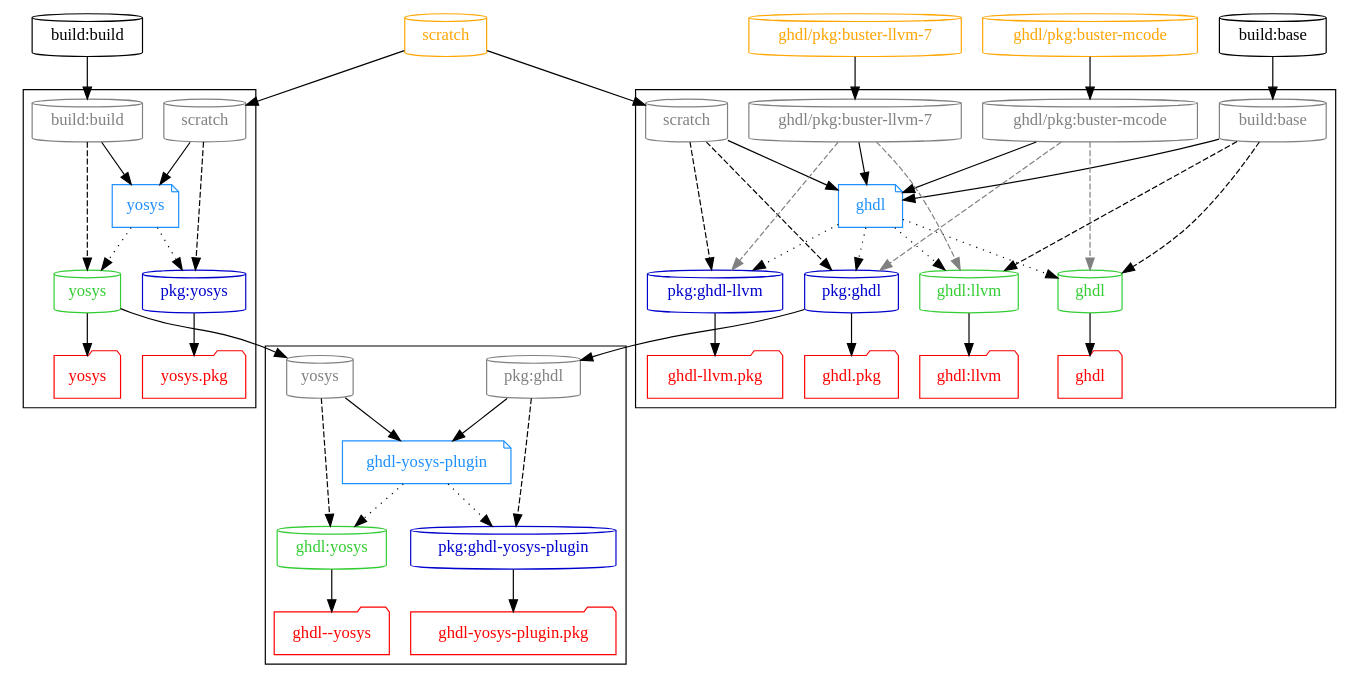
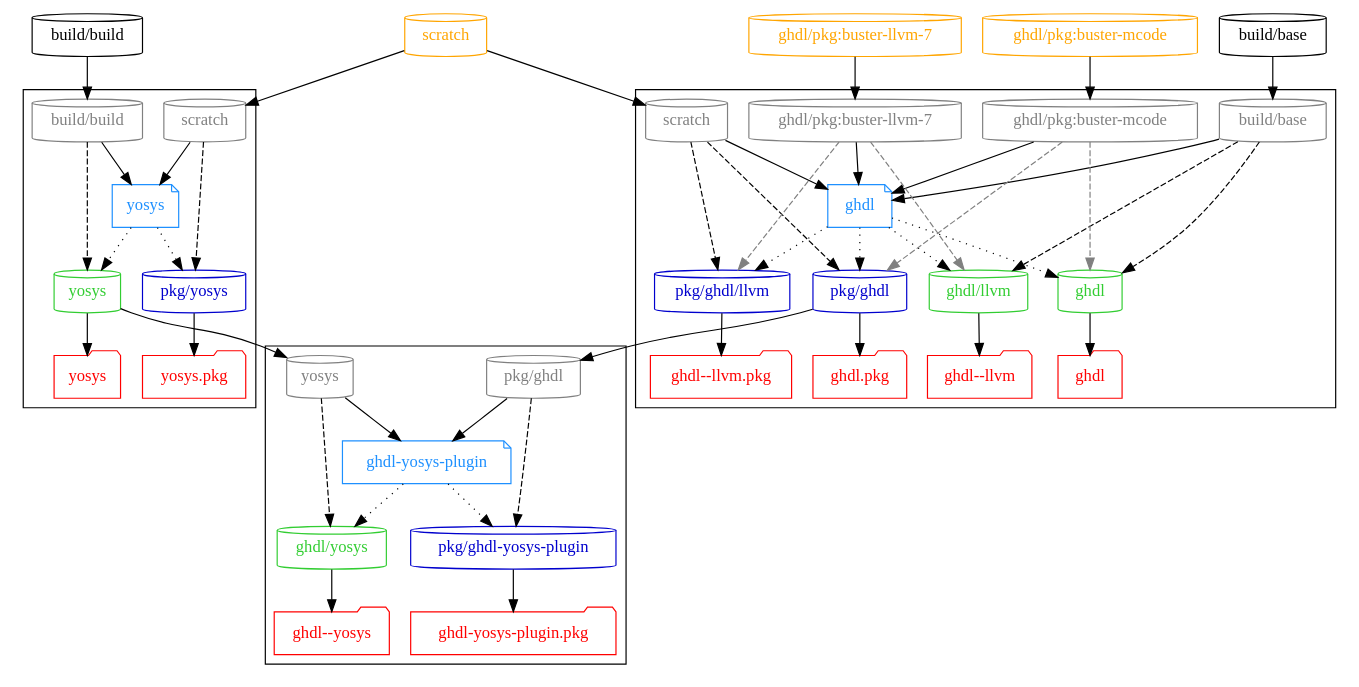
The diagram in graph/synth.dot (hdl/containers), drawn with Graphviz before and after one commit. The commit also changed 72 other files, not shown here.

```diff
--- a/graph/synth.dot
+++ b/graph/synth.dot
@@ -1,186 +1,186 @@
 # Authors:
 #   Unai Martinez-Corral
 #
 # Copyright 2019-2021 Unai Martinez-Corral <unai.martinezcorral@ehu.eus>
 #
 # Licensed under the Apache License, Version 2.0 (the "License");
 # you may not use this file except in compliance with the License.
 # You may obtain a copy of the License at
 #
 #     http://www.apache.org/licenses/LICENSE-2.0
 #
 # Unless required by applicable law or agreed to in writing, software
 # distributed under the License is distributed on an "AS IS" BASIS,
 # WITHOUT WARRANTIES OR CONDITIONS OF ANY KIND, either express or implied.
 # See the License for the specific language governing permissions and
 # limitations under the License.
 #
 # SPDX-License-Identifier: Apache-2.0
 
 digraph G {
 
   #splines=polyline; #curved
   newrank=true;
 
   # Dockerfiles
 
   { node [shape=note, color=dodgerblue, fontcolor=dodgerblue]
     d_ghdl             [label="ghdl"];
     d_ghdlYosysPlugin  [label="ghdl-yosys-plugin"];
     d_yosys            [label="yosys"];
   }
 
   # Images
 
   { node [shape=cylinder]
-    "build:base"
-    "build:build"
+    "build/base"
+    "build/build"
     { node [color=limegreen, fontcolor=limegreen]
       "ghdl"
-      "ghdl:llvm"
-      "ghdl:yosys"
+      "ghdl/llvm"
+      "ghdl/yosys"
       "yosys"
     }
     { node [color=mediumblue, fontcolor=mediumblue]
-      "pkg:ghdl"
-      "pkg:ghdl-llvm"
-      "pkg:ghdl-yosys-plugin"
-      "pkg:yosys"
+      "pkg/ghdl"
+      "pkg/ghdl/llvm"
+      "pkg/ghdl-yosys-plugin"
+      "pkg/yosys"
     }
   }
 
   # External images
 
   { node [shape=cylinder, color=orange, fontcolor=orange]
     "scratch"
     "ghdl/pkg:buster-mcode"
     "ghdl/pkg:buster-llvm-7";
   }
 
   { rank=same
-    "build:base"
-    "build:build"
+    "build/base"
+    "build/build"
     "scratch"
     "ghdl/pkg:buster-mcode"
     "ghdl/pkg:buster-llvm-7"
   }
 
   # Workflows
 
   subgraph cluster_ghdl {
     { rank=same
       node [shape=cylinder, color=grey, fontcolor=grey]
-      "p_ghdl_build:base" [label="build:base"]
+      "p_ghdl_build/base" [label="build/base"]
       "p_ghdl_scratch" [label="scratch"]
       "p_ghdl_buster" [label="ghdl/pkg:buster-mcode"]
       "p_ghdl_buster-llvm" [label="ghdl/pkg:buster-llvm-7"]
     }
 
     d_ghdl -> { rank=same
       "ghdl",
-      "ghdl:llvm",
-      "pkg:ghdl",
-      "pkg:ghdl-llvm"
+      "ghdl/llvm",
+      "pkg/ghdl",
+      "pkg/ghdl/llvm"
     } [style=dotted];
 
     { rank=same
       node [shape=folder, color=red, fontcolor=red];
       "t_ghdl" [label="ghdl"];
-      "t_ghdl:llvm" [label="ghdl:llvm"];
-      "t_pkg:ghdl" [label="ghdl.pkg"];
-      "t_pkg:ghdl-llvm" [label="ghdl-llvm.pkg"];
+      "t_ghdl/llvm" [label="ghdl--llvm"];
+      "t_pkg/ghdl" [label="ghdl.pkg"];
+      "t_pkg/ghdl/llvm" [label="ghdl--llvm.pkg"];
     }
 
     "ghdl" -> "t_ghdl";
-    "ghdl:llvm" -> "t_ghdl:llvm";
-    "pkg:ghdl" -> "t_pkg:ghdl";
-    "pkg:ghdl-llvm" -> "t_pkg:ghdl-llvm";
+    "ghdl/llvm" -> "t_ghdl/llvm";
+    "pkg/ghdl" -> "t_pkg/ghdl";
+    "pkg/ghdl/llvm" -> "t_pkg/ghdl/llvm";
   }
 
   subgraph cluster_ghdlYosysPlugin {
     { rank=same
       node [shape=cylinder, color=grey, fontcolor=grey]
       "p_ghdl-yosys-plugin_yosys" [label="yosys"]
-      "p_ghdl-yosys-plugin_pkg:ghdl" [label="pkg:ghdl"]
+      "p_ghdl-yosys-plugin_pkg/ghdl" [label="pkg/ghdl"]
     }
 
     d_ghdlYosysPlugin -> { rank=same
-      "pkg:ghdl-yosys-plugin",
-      "ghdl:yosys"
+      "pkg/ghdl-yosys-plugin",
+      "ghdl/yosys"
     } [style=dotted];
 
     { rank=same
       node [shape=folder, color=red, fontcolor=red];
-      "t_pkg:ghdl-yosys-plugin" [label="ghdl-yosys-plugin.pkg"];
-      "t_ghdl:yosys" [label="ghdl--yosys"];
+      "t_pkg/ghdl-yosys-plugin" [label="ghdl-yosys-plugin.pkg"];
+      "t_ghdl/yosys" [label="ghdl--yosys"];
     }
 
-    "pkg:ghdl-yosys-plugin" -> "t_pkg:ghdl-yosys-plugin";
-    "ghdl:yosys" -> "t_ghdl:yosys";
+    "pkg/ghdl-yosys-plugin" -> "t_pkg/ghdl-yosys-plugin";
+    "ghdl/yosys" -> "t_ghdl/yosys";
   }
 
   subgraph cluster_yosys {
     { rank=same
       node [shape=cylinder, color=grey, fontcolor=grey]
-      "p_yosys_build:build" [label="build:build"]
+      "p_yosys_build/build" [label="build/build"]
       "p_yosys_scratch" [label="scratch"]
     }
 
     d_yosys -> { rank=same
-      "pkg:yosys",
+      "pkg/yosys",
       "yosys"
     } [style=dotted];
 
     { rank=same
       node [shape=folder, color=red, fontcolor=red];
       "t_yosys" [label="yosys"];
-      "t_pkg:yosys" [label="yosys.pkg"];
+      "t_pkg/yosys" [label="yosys.pkg"];
     }
 
     "yosys" -> "t_yosys";
-    "pkg:yosys" -> "t_pkg:yosys";
+    "pkg/yosys" -> "t_pkg/yosys";
   }
 
   { rank=same
     d_ghdl
     d_yosys
   }
 
   # Dockerfile dependencies
 
   "scratch" -> "p_ghdl_scratch" -> d_ghdl;
   "ghdl/pkg:buster-mcode" -> "p_ghdl_buster" -> d_ghdl;
   "ghdl/pkg:buster-llvm-7" -> "p_ghdl_buster-llvm" -> d_ghdl;
-  "build:base" -> "p_ghdl_build:base" -> d_ghdl;
+  "build/base" -> "p_ghdl_build/base" -> d_ghdl;
 
-  "pkg:ghdl" -> "p_ghdl-yosys-plugin_pkg:ghdl" -> d_ghdlYosysPlugin;
+  "pkg/ghdl" -> "p_ghdl-yosys-plugin_pkg/ghdl" -> d_ghdlYosysPlugin;
   "yosys" -> "p_ghdl-yosys-plugin_yosys" -> d_ghdlYosysPlugin;
 
-  "build:build" -> "p_yosys_build:build" -> d_yosys;
+  "build/build" -> "p_yosys_build/build" -> d_yosys;
   "scratch" -> "p_yosys_scratch" -> d_yosys;
 
   # Image dependencies
 
   { edge [style=dashed]
-    "p_ghdl_scratch" -> { "pkg:ghdl", "pkg:ghdl-llvm" };
-    "p_ghdl_build:base" -> { "ghdl", "ghdl:llvm" };
+    "p_ghdl_scratch" -> { "pkg/ghdl", "pkg/ghdl/llvm" };
+    "p_ghdl_build/base" -> { "ghdl", "ghdl/llvm" };
 
-    "p_yosys_scratch" -> "pkg:yosys";
-    "p_yosys_build:build" -> "yosys";
+    "p_yosys_scratch" -> "pkg/yosys";
+    "p_yosys_build/build" -> "yosys";
 
-    "p_ghdl-yosys-plugin_yosys" -> "ghdl:yosys";
-    "p_ghdl-yosys-plugin_pkg:ghdl" -> "pkg:ghdl-yosys-plugin";
+    "p_ghdl-yosys-plugin_yosys" -> "ghdl/yosys";
+    "p_ghdl-yosys-plugin_pkg/ghdl" -> "pkg/ghdl-yosys-plugin";
   }
 
   { edge [style=dashed, color=grey]
     "p_ghdl_buster" -> {
       "ghdl",
-      "pkg:ghdl"
+      "pkg/ghdl"
     };
     "p_ghdl_buster-llvm" -> {
-      "ghdl:llvm",
-      "pkg:ghdl-llvm"
+      "ghdl/llvm",
+      "pkg/ghdl/llvm"
     };
   }
 
 }
```
